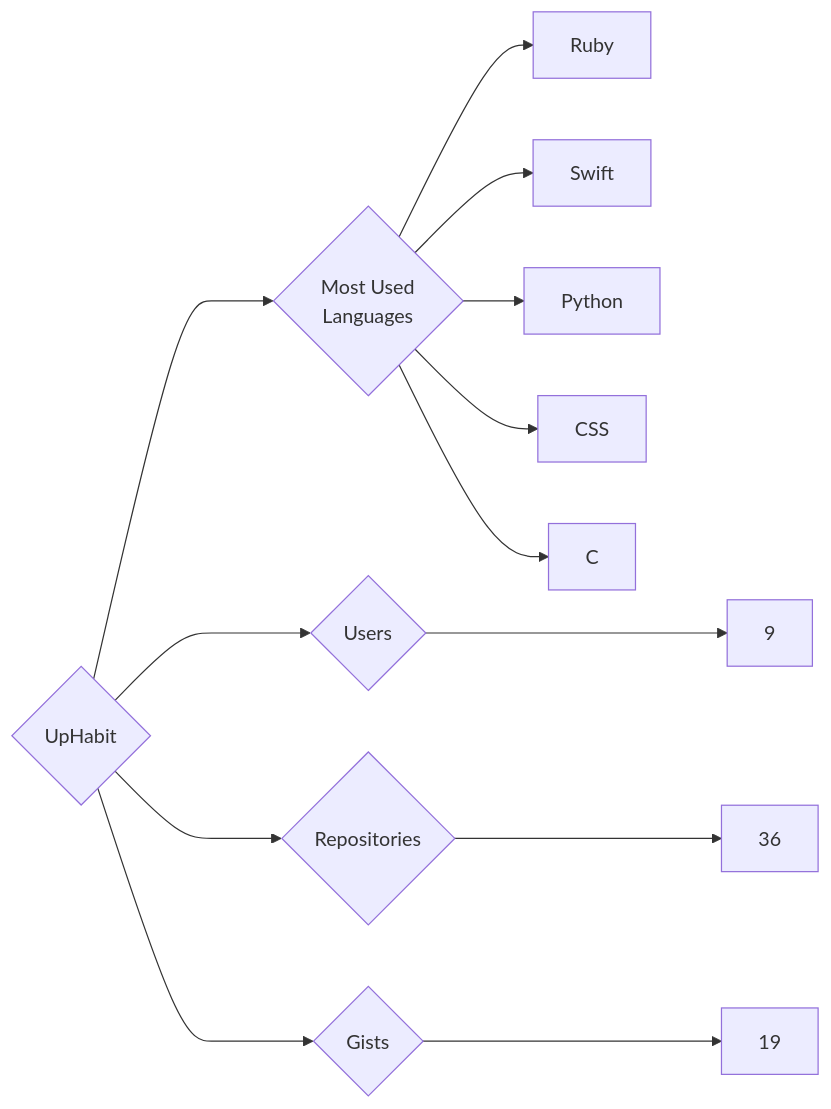
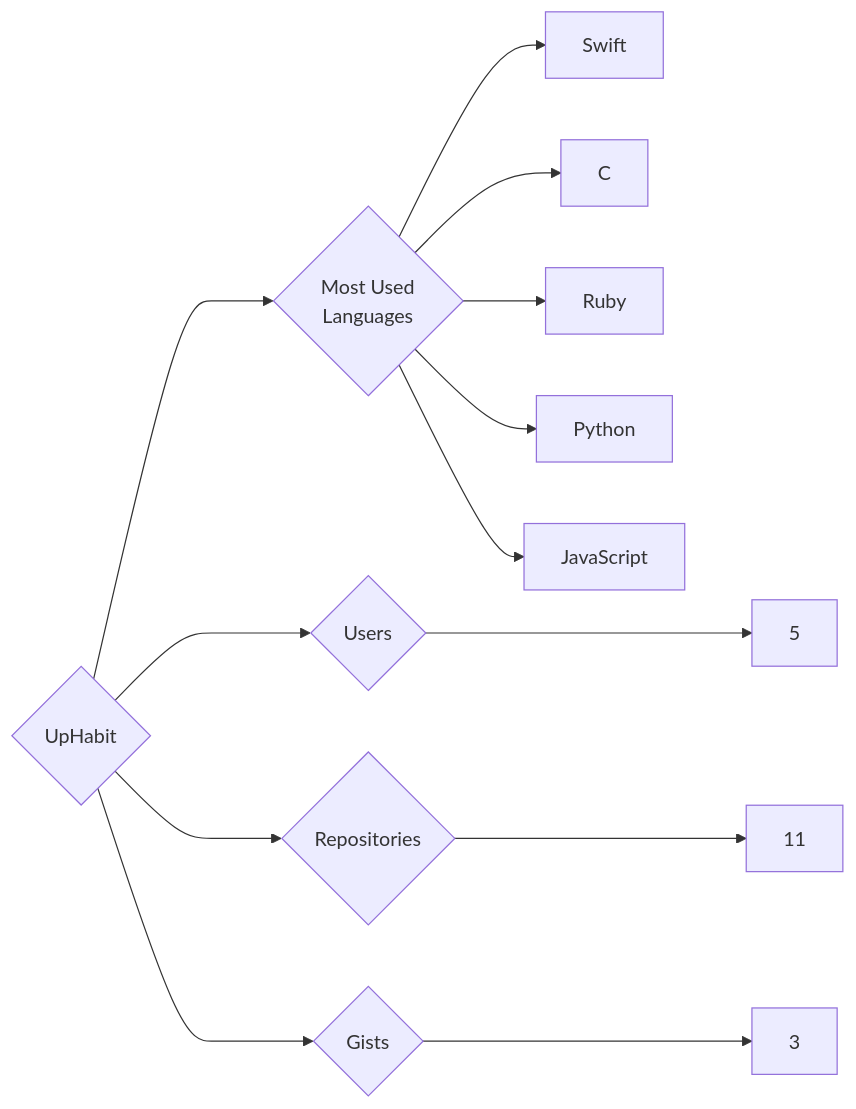
Before and after one commit to trickest/insiders: the diagram in targets/UpHabit/README.md, drawn with Mermaid. The commit also changed 1479 other files, not shown here.

````diff
--- a/targets/UpHabit/README.md
+++ b/targets/UpHabit/README.md
@@ -3,13 +3,13 @@
 ```mermaid
 graph LR
 COMPANY_NAME{UpHabit}
-COMPANY_NAME ---> U{Users} ---> UN[9]
-COMPANY_NAME ---> R{Repositories} ---> RN[36]
-COMPANY_NAME ---> G{Gists} ---> GN[19]
+COMPANY_NAME ---> U{Users} ---> UN[5]
+COMPANY_NAME ---> R{Repositories} ---> RN[11]
+COMPANY_NAME ---> G{Gists} ---> GN[3]
 COMPANY_NAME ---> ML{Most Used<br>Languages}
+ML --> Swift[Swift]
+ML --> C[C]
 ML --> Ruby[Ruby]
-ML --> Swift[Swift]
 ML --> Python[Python]
-ML --> CSS[CSS]
-ML --> C[C]
+ML --> JavaScript[JavaScript]
 ```
````
